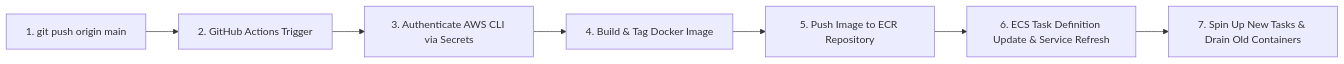
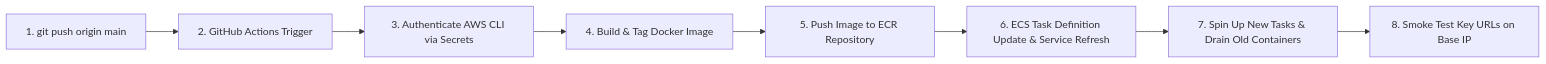
One commit to Hetansh20/Scentaura changed the fourth of 4 diagrams in readme.md. Above: the diagram before and after it, drawn with Mermaid. The commit also changed other lines of this file, not shown here.

````diff
--- a/readme.md
+++ b/readme.md
@@ -399,9 +399,10 @@
 ```mermaid
 graph LR
     Push[1. git push origin main] --> Action[2. GitHub Actions Trigger]
     Action --> Creds[3. Authenticate AWS CLI via Secrets]
     Creds --> Build[4. Build & Tag Docker Image]
     Build --> ECR[5. Push Image to ECR Repository]
     ECR --> ECS[6. ECS Task Definition Update & Service Refresh]
     ECS --> Task[7. Spin Up New Tasks & Drain Old Containers]
+    Task --> Test[8. Smoke Test Key URLs on Base IP]
 ```
````
